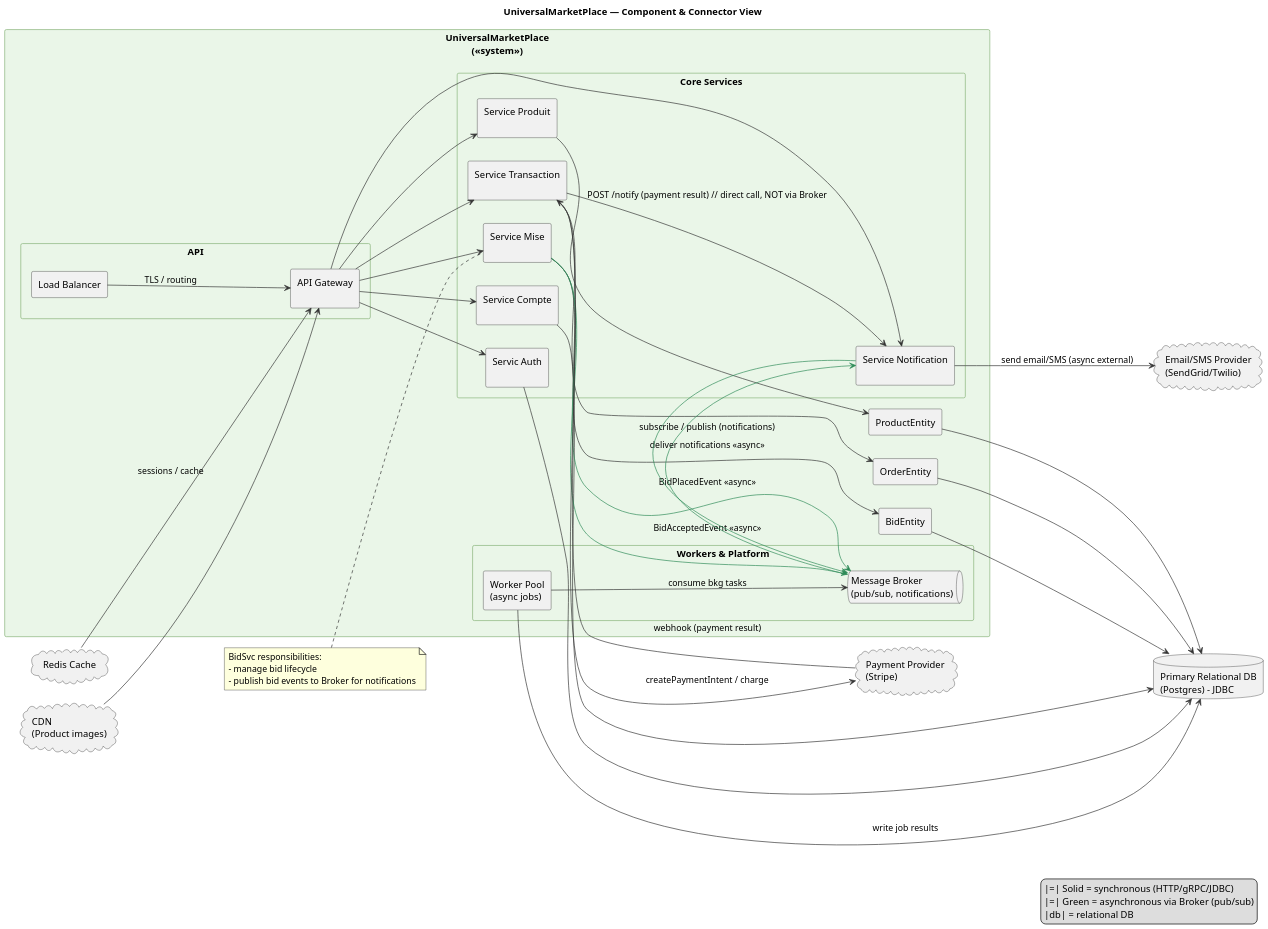
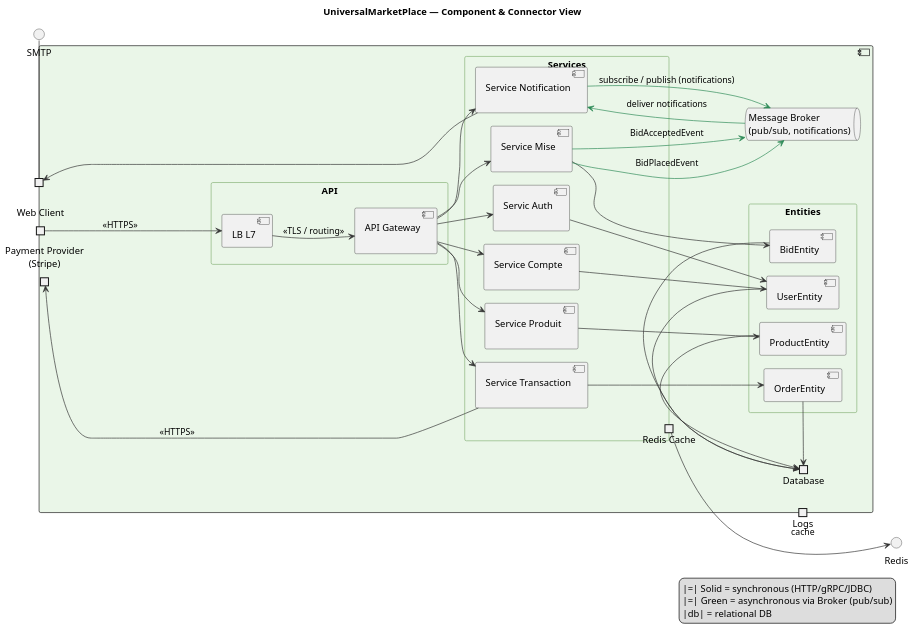
The diagram in cnc.puml (LucasPierru/MGL844-Projet-1-UniversalMarketPlace), drawn with PlantUML before and after one commit. The commit also changed 1 other file, not shown here.

```diff
--- a/cnc.puml
+++ b/cnc.puml
@@ -1,118 +1,125 @@
 @startuml Compact_SEI_ECom_CnC_v2
 ' Compact SEI-style Component & Connector view (actor-free)
 ' DB shown with JDBC access and entity components
 
 left to right direction
 skinparam dpi 140
-skinparam componentStyle rectangle
+/' skinparam componentStyle rectangle '/
 skinparam shadowing false
 skinparam defaultFontName "Arial"
 skinparam ArrowColor #333
+skinparam nodesep 20
+skinparam ranksep 30
 
 title UniversalMarketPlace — Component & Connector View
 
 ' System boundary
-rectangle "UniversalMarketPlace\n(<<system>>)" as SYS #eaf6e8 {
+component " " as SYS #eaf6e8 {
   skinparam rectangle {
     BackgroundColor #eaf6e8
     BorderColor #88b379
   }
 
   ' Edge / API row
   rectangle "API" as API {
-    [Load Balancer] as LB
+    [LB L7] as LB
     [API Gateway\n] as APIGW
   }
 
-  ' Core services (compact)
-  rectangle "Core Services" as CORE {
+
+  rectangle "Services" as Services {
     component "Servic Auth\n" as AuthSvc
     component "Service Compte\n" as UserSvc
     component "Service Produit\n" as ProductSvc
     component "Service Mise\n" as BidSvc
     component "Service Transaction\n" as TxSvc
     component "Service Notification\n" as NotifSvc
-  }
-
-  ' Workers & infra
-  rectangle "Workers & Platform" as PLATFORM {
-    [Worker Pool\n(async jobs)] as Workers
-    queue "Message Broker\n(pub/sub, notifications)" as Broker
+    portout "Redis Cache" as RedisSvc
   }
 
 
+  ' Workers & infra
+  /' [Worker Pool\n(async jobs)] as Workers '/
+  queue "Message Broker\n(pub/sub, notifications)" as Broker
 
-  component "ProductEntity" as ProdEntity
-  component "BidEntity" as BidEntity
-  component "OrderEntity" as OrderEntity
+  ' Database entities
+  rectangle "Entities" as Entities {
+    component "UserEntity" as UserEntity
+    component "ProductEntity" as ProdEntity
+    component "BidEntity" as BidEntity
+    component "OrderEntity" as OrderEntity
+  }
+
+  ' Ports
+  portout "Database" as dbport
+  portin "Web Client" as webClient
+  portout "Logs" as Logs
+  port "Payment Provider\n(Stripe)" as PaymentExt
+  port " " as CommExt
 }
+' ---------- Connectors ----------
+' Client to Load Balancer
+webClient --> LB : <<HTTPS>>
 
-' External services (outside)
-' Database and Entities (right side inside boundary)
-database "Primary Relational DB\n(Postgres) - JDBC" as DB
-cloud "CDN\n(Product images)" as CDN
-cloud "Redis Cache" as Redis
-cloud "Payment Provider\n(Stripe)" as PaymentExt
-cloud "Email/SMS Provider\n(SendGrid/Twilio)" as CommExt
-
-' ---------- Connectors ----------
 ' Edge to API
-LB --> APIGW : TLS / routing
-CDN --> APIGW
+LB --> APIGW : <<TLS / routing>>
+/' CDN --> APIGW : <<CDN>> '/
+' Redis
+RedisSvc --> Redis : cache
 
 ' API to services
 APIGW --> AuthSvc
 APIGW --> UserSvc
 APIGW --> ProductSvc
 APIGW --> BidSvc
 APIGW --> TxSvc
 APIGW --> NotifSvc
 
 ' Services to DB (JDBC arrows labeled)
-AuthSvc --> DB
-UserSvc --> DB
+AuthSvc -r-> UserEntity
+UserSvc -r-> UserEntity
 ProductSvc --> ProdEntity
 BidSvc --> BidEntity
 TxSvc --> OrderEntity
 
 ' Entities -> DB (explicit, like your example)
-ProdEntity --> DB
-BidEntity --> DB
-OrderEntity --> DB
+UserEntity -right-> dbport
+ProdEntity -right-> dbport
+BidEntity -right-> dbport
+OrderEntity -right-> dbport
+/' dbport -b-> PostgreSQL '/
 
-' Redis
-Redis --> APIGW : sessions / cache
+
 
 ' Broker (async notification flows)
-BidSvc -[#2E8B57]-> Broker : BidPlacedEvent <<async>>
-Broker -[#2E8B57]-> NotifSvc : deliver notifications <<async>>
+BidSvc -[#2E8B57]-> Broker : BidPlacedEvent
+Broker -[#2E8B57]-> NotifSvc : deliver notifications
 NotifSvc -[#2E8B57]-> Broker : subscribe / publish (notifications)
 
 ' Supplier accept flow: BidSvc publishes acceptance to Broker which NotifSvc uses to notify client
-BidSvc -[#2E8B57]-> Broker : BidAcceptedEvent <<async>>
+BidSvc -[#2E8B57]-> Broker : BidAcceptedEvent
 
 ' Transaction flow (NO broker between Bid acceptance and TxSvc)
-' After client confirms payment, TxSvc <-> Stripe and then TxSvc calls NotifSvc directly (sync)
-TxSvc --> PaymentExt : createPaymentIntent / charge
-PaymentExt --> TxSvc : webhook (payment result)
-TxSvc --> NotifSvc : POST /notify (payment result)  // direct call, NOT via Broker
-NotifSvc --> CommExt : send email/SMS (async external)
+TxSvc -r-> PaymentExt : <<HTTPS>>
+/' TxSvc -r-> NotifSvc '/
+NotifSvc --> CommExt
+SMTP - CommExt
 
 ' Workers for batch jobs (still can consume broker if needed)
-Workers --> Broker : consume bkg tasks
-Workers --> DB : write job results
+/' Workers --> Broker : consume bkg tasks
+Workers --> dbport : write job results '/
 
 ' Minimal notes
-note left of BidSvc
+/' note left of BidSvc
   BidSvc responsibilities:
   - manage bid lifecycle
   - publish bid events to Broker for notifications
-end note
+end note '/
 
 legend right
   |=| Solid = synchronous (HTTP/gRPC/JDBC)
   |=| Green = asynchronous via Broker (pub/sub)
   |db| = relational DB
 end legend
 
 @enduml
```
